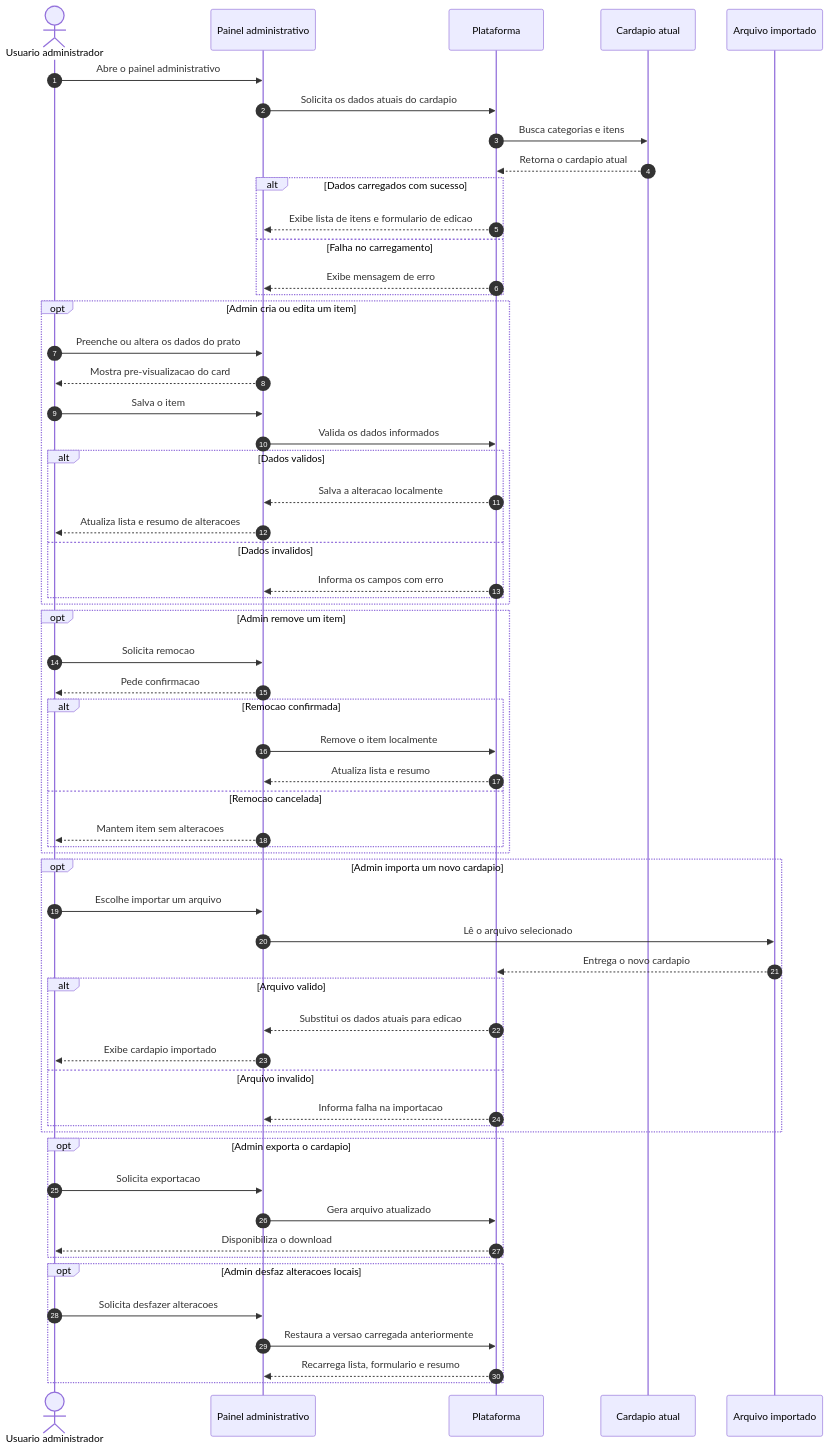
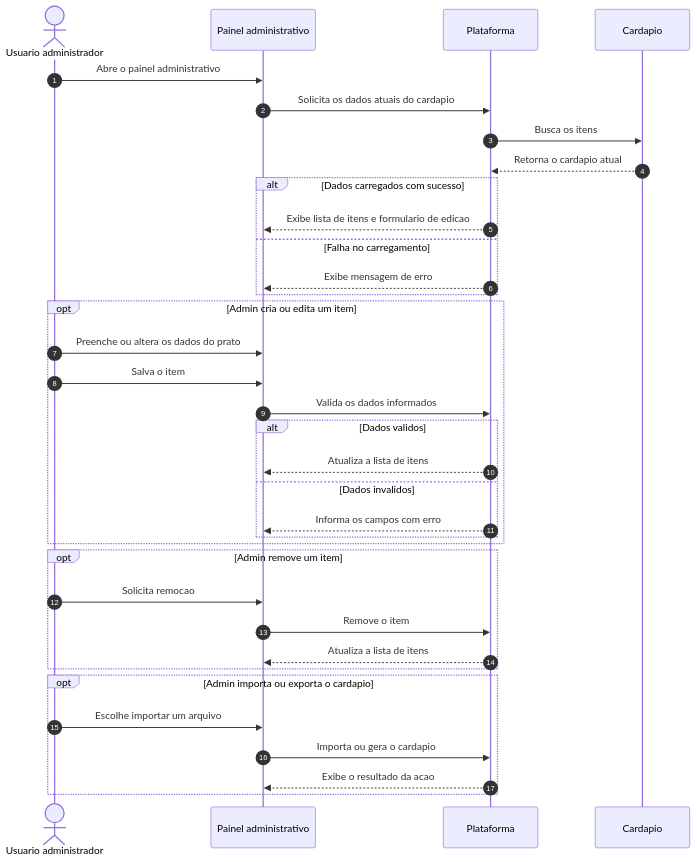
One commit to senai-cortex/menu-project changed the diagram in docs/diagramas/diagrama-sequencia-admin.mmd. Above: the diagram before and after it, drawn with Mermaid.

Commit message:
Simplify admin sequence diagram

```diff
--- a/docs/diagramas/diagrama-sequencia-admin.mmd
+++ b/docs/diagramas/diagrama-sequencia-admin.mmd
@@ -1,66 +1,40 @@
 sequenceDiagram
     autonumber
     actor Admin as Usuario administrador
     participant Painel as Painel administrativo
     participant Atendimento as Plataforma
-    participant CardapioAtual as Cardapio atual
-    participant Arquivo as Arquivo importado
+    participant Cardapio as Cardapio
 
     Admin->>Painel: Abre o painel administrativo
     Painel->>Atendimento: Solicita os dados atuais do cardapio
-    Atendimento->>CardapioAtual: Busca categorias e itens
-    CardapioAtual-->>Atendimento: Retorna o cardapio atual
+    Atendimento->>Cardapio: Busca os itens
+    Cardapio-->>Atendimento: Retorna o cardapio atual
 
     alt Dados carregados com sucesso
         Atendimento-->>Painel: Exibe lista de itens e formulario de edicao
     else Falha no carregamento
         Atendimento-->>Painel: Exibe mensagem de erro
     end
 
     opt Admin cria ou edita um item
         Admin->>Painel: Preenche ou altera os dados do prato
-        Painel-->>Admin: Mostra pre-visualizacao do card
         Admin->>Painel: Salva o item
         Painel->>Atendimento: Valida os dados informados
         alt Dados validos
-            Atendimento-->>Painel: Salva a alteracao localmente
-            Painel-->>Admin: Atualiza lista e resumo de alteracoes
+            Atendimento-->>Painel: Atualiza a lista de itens
         else Dados invalidos
             Atendimento-->>Painel: Informa os campos com erro
         end
     end
 
     opt Admin remove um item
         Admin->>Painel: Solicita remocao
-        Painel-->>Admin: Pede confirmacao
-        alt Remocao confirmada
-            Painel->>Atendimento: Remove o item localmente
-            Atendimento-->>Painel: Atualiza lista e resumo
-        else Remocao cancelada
-            Painel-->>Admin: Mantem item sem alteracoes
-        end
+        Painel->>Atendimento: Remove o item
+        Atendimento-->>Painel: Atualiza a lista de itens
     end
 
-    opt Admin importa um novo cardapio
+    opt Admin importa ou exporta o cardapio
         Admin->>Painel: Escolhe importar um arquivo
-        Painel->>Arquivo: Lê o arquivo selecionado
-        Arquivo-->>Atendimento: Entrega o novo cardapio
-        alt Arquivo valido
-            Atendimento-->>Painel: Substitui os dados atuais para edicao
-            Painel-->>Admin: Exibe cardapio importado
-        else Arquivo invalido
-            Atendimento-->>Painel: Informa falha na importacao
-        end
+        Painel->>Atendimento: Importa ou gera o cardapio
+        Atendimento-->>Painel: Exibe o resultado da acao
     end
-
-    opt Admin exporta o cardapio
-        Admin->>Painel: Solicita exportacao
-        Painel->>Atendimento: Gera arquivo atualizado
-        Atendimento-->>Admin: Disponibiliza o download
-    end
-
-    opt Admin desfaz alteracoes locais
-        Admin->>Painel: Solicita desfazer alteracoes
-        Painel->>Atendimento: Restaura a versao carregada anteriormente
-        Atendimento-->>Painel: Recarrega lista, formulario e resumo
-    end
```
